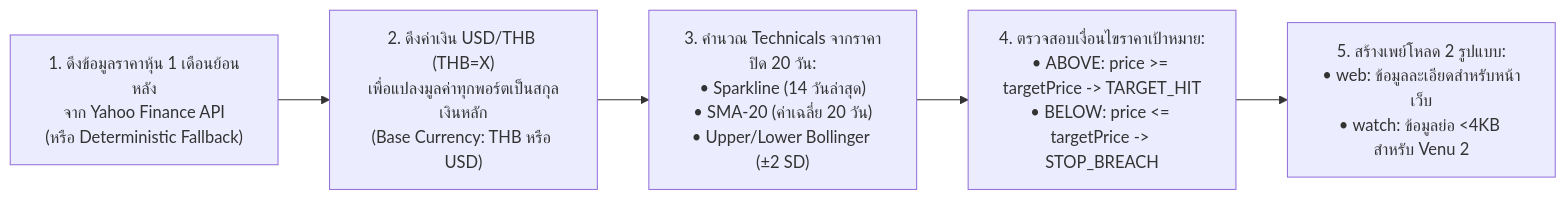
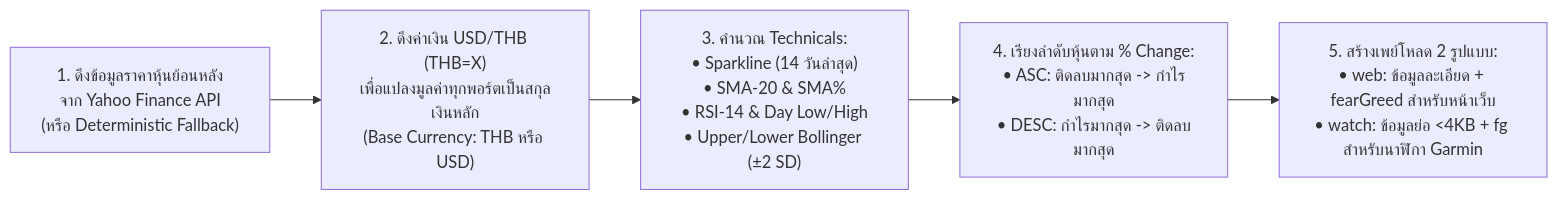
One commit to e24qdy2/garmin-venu2-moat changed the fifth of 5 diagrams in docs/03-APP-FLOW-AND-LOGIC-FLOW.md. Above: the diagram before and after it, drawn with Mermaid. The commit also changed other lines of this file and 46 other files, not shown here.

Commit message:
docs & feat: update MoatWatch GitHub reports, Garmin multi-device UI wording, Daily US Fear & Greed Index (FG:xx), and Connect IQ Store assets

````diff
--- a/docs/03-APP-FLOW-AND-LOGIC-FLOW.md
+++ b/docs/03-APP-FLOW-AND-LOGIC-FLOW.md
@@ -224,7 +129,7 @@
 ```mermaid
 flowchart LR
-    Yahoo["1. ดึงข้อมูลราคาหุ้น 1 เดือนย้อนหลัง<br/>จาก Yahoo Finance API<br/>(หรือ Deterministic Fallback)"] --> FX["2. ดึงค่าเงิน USD/THB (THB=X)<br/>เพื่อแปลงมูลค่าทุกพอร์ตเป็นสกุลเงินหลัก<br/>(Base Currency: THB หรือ USD)"]
-    FX --> Tech["3. คำนวณ Technicals จากราคาปิด 20 วัน:<br/>• Sparkline (14 วันล่าสุด)<br/>• SMA-20 (ค่าเฉลี่ย 20 วัน)<br/>• Upper/Lower Bollinger (±2 SD)"]
-    Tech --> Alert["4. ตรวจสอบเงื่อนไขราคาเป้าหมาย:<br/>• ABOVE: price >= targetPrice -> TARGET_HIT<br/>• BELOW: price <= targetPrice -> STOP_BREACH"]
-    Alert --> DualOut["5. สร้างเพย์โหลด 2 รูปแบบ:<br/>• web: ข้อมูลละเอียดสำหรับหน้าเว็บ<br/>• watch: ข้อมูลย่อ <4KB สำหรับ Venu 2"]
+    Yahoo["1. ดึงข้อมูลราคาหุ้นย้อนหลัง<br/>จาก Yahoo Finance API<br/>(หรือ Deterministic Fallback)"] --> FX["2. ดึงค่าเงิน USD/THB (THB=X)<br/>เพื่อแปลงมูลค่าทุกพอร์ตเป็นสกุลเงินหลัก<br/>(Base Currency: THB หรือ USD)"]
+    FX --> Tech["3. คำนวณ Technicals:<br/>• Sparkline (14 วันล่าสุด)<br/>• SMA-20 & SMA%<br/>• RSI-14 & Day Low/High<br/>• Upper/Lower Bollinger (±2 SD)"]
+    Tech --> Sort["4. เรียงลำดับหุ้นตาม % Change:<br/>• ASC: ติดลบมากสุด -> กำไรมากสุด<br/>• DESC: กำไรมากสุด -> ติดลบมากสุด"]
+    Sort --> DualOut["5. สร้างเพย์โหลด 2 รูปแบบ:<br/>• web: ข้อมูลละเอียด + fearGreed สำหรับหน้าเว็บ<br/>• watch: ข้อมูลย่อ <4KB + fg สำหรับนาฬิกา Garmin"]
 ```
````
